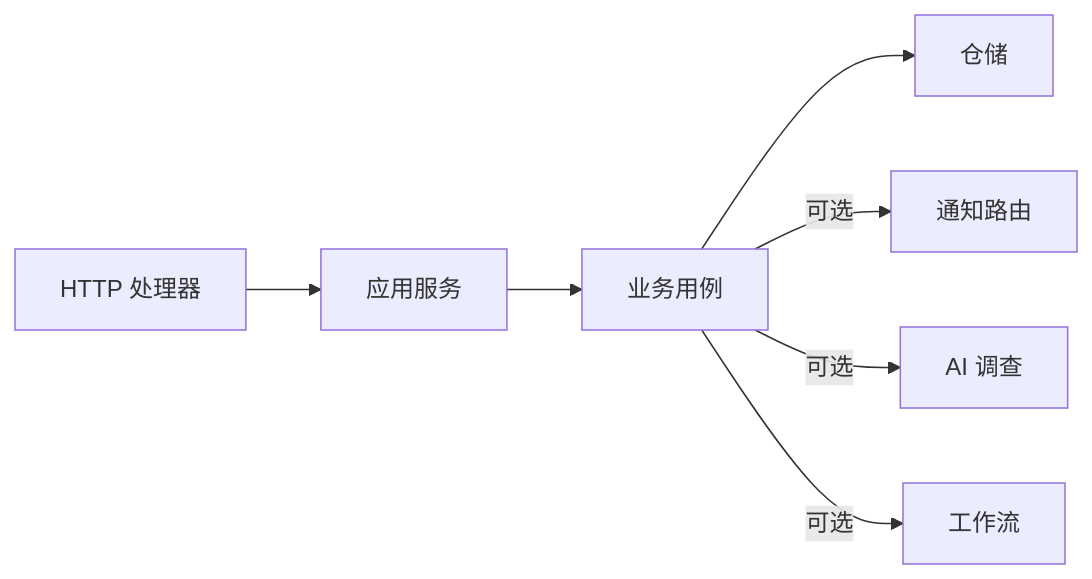
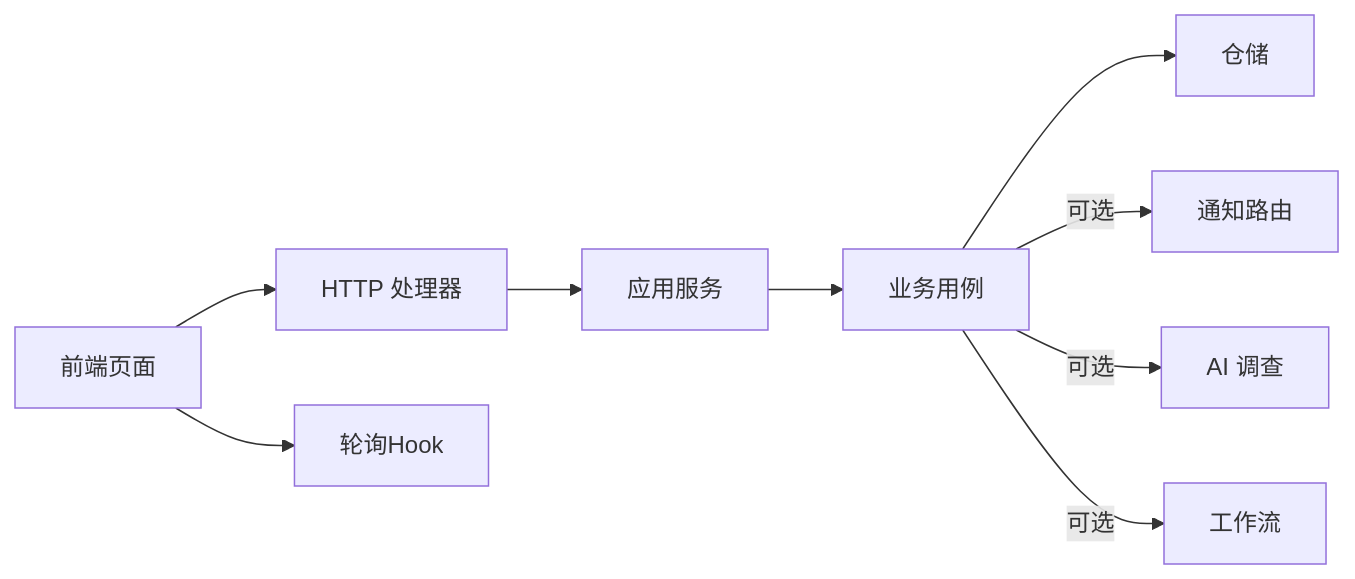
One commit to xied1133-oss/ongrid changed the tenth of 10 diagrams in .qoder/repowiki/zh/content/前端应用/API 集成/业务接口/告警管理接口/告警事件管理.md. Above: the diagram before and after it, drawn with Mermaid. The commit also changed other lines of this file and 298 other files, not shown here.

````diff
--- a/.qoder/repowiki/zh/content/前端应用/API 集成/业务接口/告警管理接口/告警事件管理.md
+++ b/.qoder/repowiki/zh/content/前端应用/API 集成/业务接口/告警管理接口/告警事件管理.md
@@ -329,9 +433,11 @@
 ```mermaid
 graph LR
 HTTP["HTTP 处理器"] --> SVC["应用服务"]
 SVC --> UC["业务用例"]
 UC --> REPO["仓储"]
 UC --> |可选| NOTIFY["通知路由"]
 UC --> |可选| AI["AI 调查"]
 UC --> |可选| FLOW["工作流"]
+Frontend["前端页面"] --> HTTP
+Frontend --> usePoll["轮询Hook"]
 ```
````
